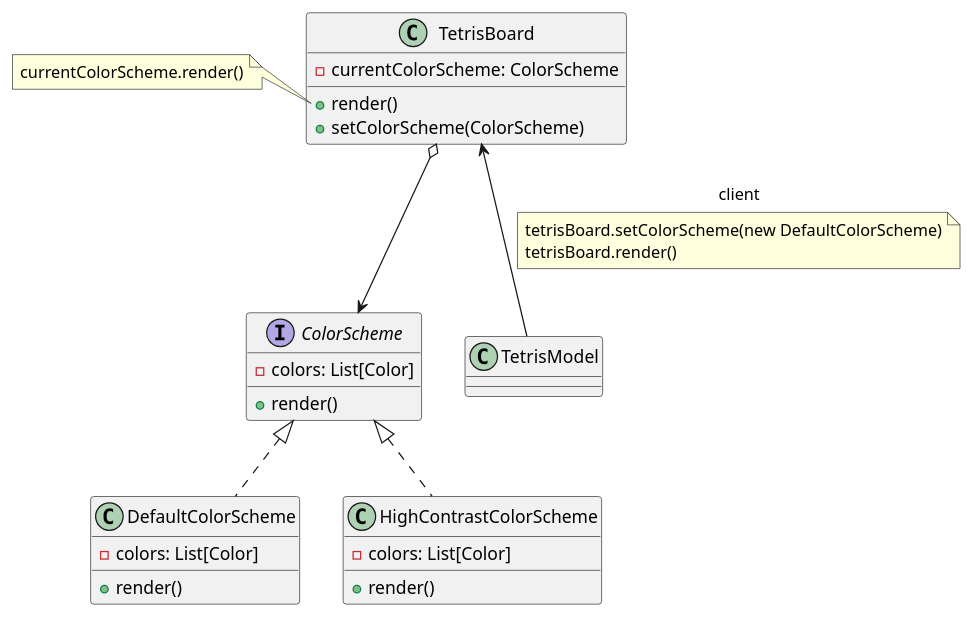
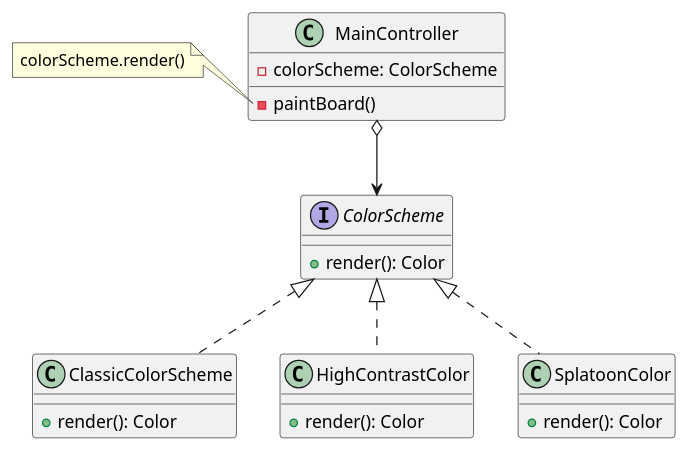
One commit to jimmy-zx/SAC changed the diagram in docs/uml/colorscheme.puml. Above: the diagram before and after it, drawn with PlantUML.

Commit message:
[docs] Updated uml for colorscheme

```diff
--- a/docs/uml/colorscheme.puml
+++ b/docs/uml/colorscheme.puml
@@ -1,38 +1,33 @@
 @startuml
 
-class TetrisBoard {
-- currentColorScheme: ColorScheme
-+ render()
-+ setColorScheme(ColorScheme)
+class MainController {
+- colorScheme: ColorScheme
+- paintBoard()
 }
 
-note left of TetrisBoard::render
-currentColorScheme.render()
+note left of MainController::paintBoard
+colorScheme.render()
 end note
 
 interface ColorScheme {
-- colors: List[Color]
-+ render()
++ render(): Color
 }
 
-class DefaultColorScheme {
-- colors: List[Color]
-+ render()
+class ClassicColorScheme {
++ render(): Color
 }
 
-class HighContrastColorScheme {
-- colors: List[Color]
-+ render()
+class HighContrastColor {
++ render(): Color
 }
 
-TetrisBoard o--> ColorScheme
-ColorScheme <|.. DefaultColorScheme
-ColorScheme <|.. HighContrastColorScheme
-TetrisBoard <-- TetrisModel: client
+class SplatoonColor {
++ render(): Color
+}
 
-note on link
-tetrisBoard.setColorScheme(new DefaultColorScheme)
-tetrisBoard.render()
-end note
+MainController o--> ColorScheme
+ColorScheme <|.. ClassicColorScheme
+ColorScheme <|.. HighContrastColor
+ColorScheme <|.. SplatoonColor
 
 @enduml
```
